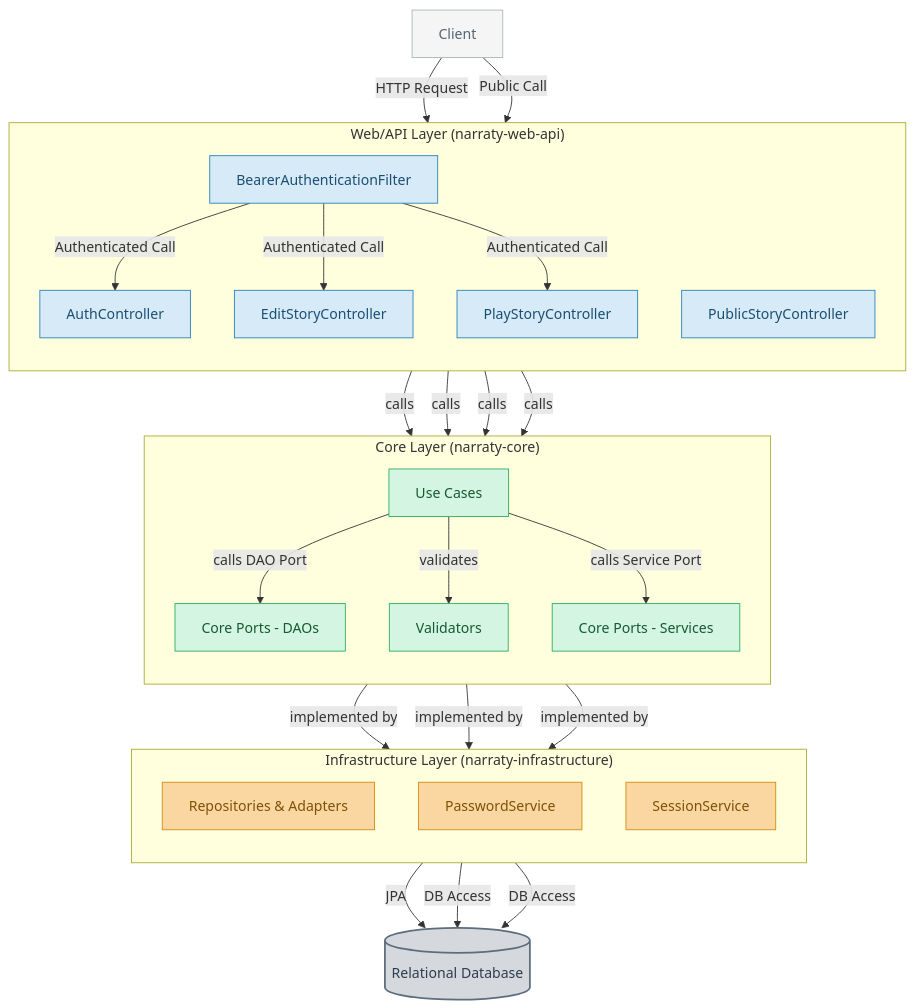
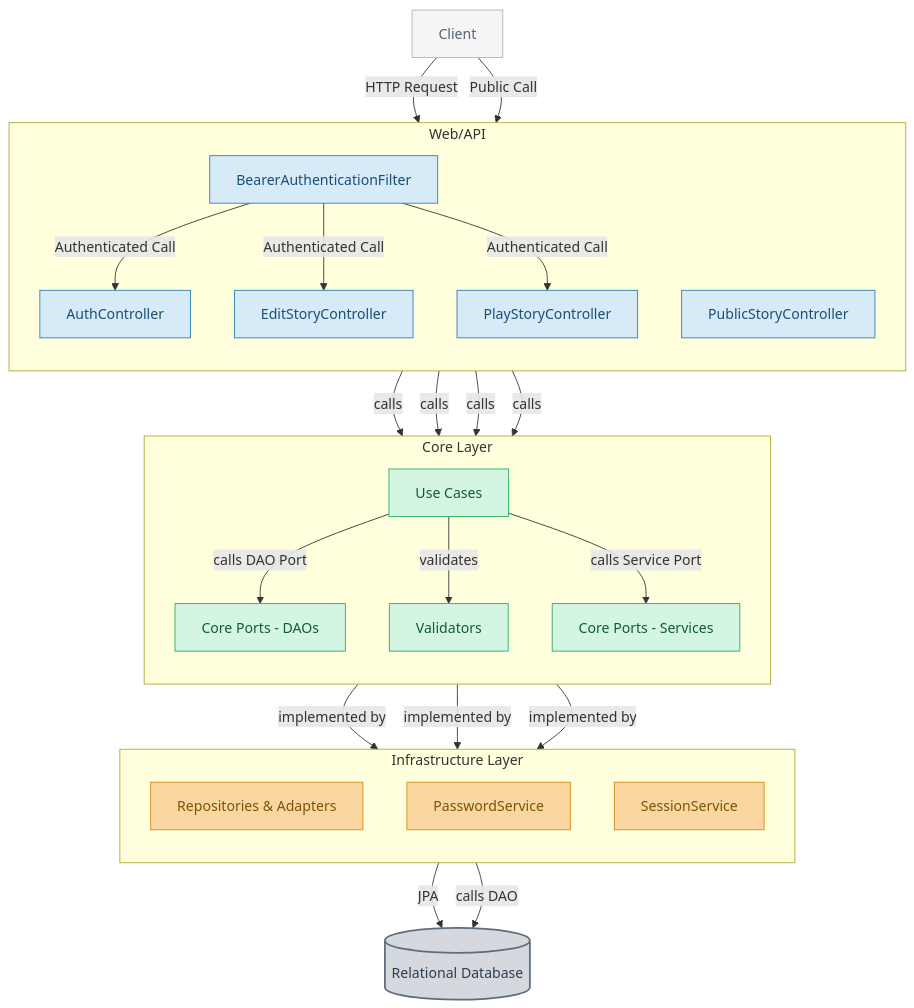
Before and after one commit to tomFregonese/narraty: the diagram in README.md, drawn with Mermaid. The commit also changed other lines of this file, not shown here.

Commit message:
Update README with project overview and backend architecture details

````diff
--- a/README.md
+++ b/README.md
@@ -5,74 +22,73 @@
 ```mermaid
 ---
 config:
   layout: dagre
 ---
 flowchart TD
-    subgraph subGraph0["Web/API Layer (narraty-web-api)"]
+    subgraph subGraph0["Web/API"]
         direction TB
         AuthFilter["BearerAuthenticationFilter"]
         AuthController["AuthController"]
         EditStoryController["EditStoryController"]
         PlayStoryController["PlayStoryController"]
         PublicStoryController["PublicStoryController"]
     end
-    subgraph subGraph1["Core Layer (narraty-core)"]
+    subgraph subGraph1["Core Layer"]
         direction TB
         PortsDAOs["Core Ports - DAOs"]
         PortsServices["Core Ports - Services"]
         UseCases["Use Cases"]
         Validators["Validators"]
     end
-    subgraph subGraph2["Infrastructure Layer (narraty-infrastructure)"]
+    subgraph subGraph2["Infrastructure Layer"]
         direction TB
         ReposAdapters["Repositories & Adapters"]
         PasswordService["PasswordService"]
         SessionService["SessionService"]
     end
     User["Client"] -- HTTP Request --> AuthFilter
     AuthFilter -- Authenticated Call --> AuthController & EditStoryController & PlayStoryController
     User -- Public Call --> PublicStoryController
     AuthController -- calls --> UseCases
     EditStoryController -- calls --> UseCases
     PlayStoryController -- calls --> UseCases
     PublicStoryController -- calls --> UseCases
     UseCases -- validates --> Validators
     UseCases -- calls DAO Port --> PortsDAOs
     UseCases -- calls Service Port --> PortsServices
     PortsDAOs -- implemented by --> ReposAdapters
     PortsServices -- implemented by --> PasswordService & SessionService
     ReposAdapters -- JPA --> Database[("Relational Database")]
-    PasswordService -- DB Access --> Database
-    SessionService -- DB Access --> Database
+    PasswordService -- calls DAO --> Database
     AuthFilter:::web
     AuthController:::web
     EditStoryController:::web
     PlayStoryController:::web
     PublicStoryController:::web
     PortsDAOs:::core
     PortsServices:::core
     UseCases:::core
     Validators:::core
     ReposAdapters:::infra
     PasswordService:::infra
     SessionService:::infra
     User:::external
     Database:::db
     classDef web fill:#D6EAF8,stroke:#2980B9,color:#1B4F72
     classDef core fill:#D5F5E3,stroke:#27AE60,color:#145A32
     classDef infra fill:#FAD7A0,stroke:#D68910,color:#7E5109
     classDef external fill:#F5F5F5,stroke:#AAB7B8,color:#566573
     classDef db fill:#D5D8DC,stroke:#5D6D7E,color:#2C3E50,stroke-width:2px,shape:cylinder
-    click AuthFilter "https://github.com/tomfregonese/le-livre-dont-vous-etes-le-heros/blob/main/narraty-web-api/src/main/java/com/ynov/javaformation/narraty/middlewares/BearerAuthenticationFilter.java"
-    click AuthController "https://github.com/tomfregonese/le-livre-dont-vous-etes-le-heros/blob/main/narraty-web-api/src/main/java/com/ynov/javaformation/narraty/controllers/AuthController.java"
-    click EditStoryController "https://github.com/tomfregonese/le-livre-dont-vous-etes-le-heros/blob/main/narraty-web-api/src/main/java/com/ynov/javaformation/narraty/controllers/EditStoryController.java"
-    click PlayStoryController "https://github.com/tomfregonese/le-livre-dont-vous-etes-le-heros/blob/main/narraty-web-api/src/main/java/com/ynov/javaformation/narraty/controllers/PlayStoryController.java"
-    click PublicStoryController "https://github.com/tomfregonese/le-livre-dont-vous-etes-le-heros/blob/main/narraty-web-api/src/main/java/com/ynov/javaformation/narraty/controllers/PublicStoryController.java"
-    click PortsDAOs "https://github.com/tomfregonese/le-livre-dont-vous-etes-le-heros/tree/main/narraty-core/src/main/java/com/ynov/javaformation/narraty/interfaces/daos/"
-    click PortsServices "https://github.com/tomfregonese/le-livre-dont-vous-etes-le-heros/tree/main/narraty-core/src/main/java/com/ynov/javaformation/narraty/interfaces/services/"
-    click UseCases "https://github.com/tomfregonese/le-livre-dont-vous-etes-le-heros/tree/main/narraty-core/src/main/java/com/ynov/javaformation/narraty/usecase/"
-    click Validators "https://github.com/tomfregonese/le-livre-dont-vous-etes-le-heros/tree/main/narraty-core/src/main/java/com/ynov/javaformation/narraty/validators/"
-    click ReposAdapters "https://github.com/tomfregonese/le-livre-dont-vous-etes-le-heros/tree/main/narraty-infrastructure/src/main/java/com/ynov/javaformation/narraty/data/repositories/"
-    click PasswordService "https://github.com/tomfregonese/le-livre-dont-vous-etes-le-heros/blob/main/narraty-infrastructure/src/main/java/com/ynov/javaformation/narraty/services/PasswordService.java"
-    click SessionService "https://github.com/tomfregonese/le-livre-dont-vous-etes-le-heros/blob/main/narraty-infrastructure/src/main/java/com/ynov/javaformation/narraty/services/SessionService.java"
+    click AuthFilter "https://github.com/tomfregonese/narraty/blob/main/narraty-web-api/src/main/java/com/ynov/javaformation/narraty/middlewares/BearerAuthenticationFilter.java"
+    click AuthController "https://github.com/tomfregonese/narraty/blob/main/narraty-web-api/src/main/java/com/ynov/javaformation/narraty/controllers/AuthController.java"
+    click EditStoryController "https://github.com/tomfregonese/narraty/blob/main/narraty-web-api/src/main/java/com/ynov/javaformation/narraty/controllers/EditStoryController.java"
+    click PlayStoryController "https://github.com/tomfregonese/narraty/blob/main/narraty-web-api/src/main/java/com/ynov/javaformation/narraty/controllers/PlayStoryController.java"
+    click PublicStoryController "https://github.com/tomfregonese/narraty/blob/main/narraty-web-api/src/main/java/com/ynov/javaformation/narraty/controllers/PublicStoryController.java"
+    click PortsDAOs "https://github.com/tomfregonese/narraty/tree/main/narraty-core/src/main/java/com/ynov/javaformation/narraty/interfaces/daos/"
+    click PortsServices "https://github.com/tomfregonese/narraty/tree/main/narraty-core/src/main/java/com/ynov/javaformation/narraty/interfaces/services/"
+    click UseCases "https://github.com/tomfregonese/narraty/tree/main/narraty-core/src/main/java/com/ynov/javaformation/narraty/usecase/"
+    click Validators "https://github.com/tomfregonese/narraty/tree/main/narraty-core/src/main/java/com/ynov/javaformation/narraty/validators/"
+    click ReposAdapters "https://github.com/tomfregonese/narraty/tree/main/narraty-infrastructure/src/main/java/com/ynov/javaformation/narraty/data/repositories/"
+    click PasswordService "https://github.com/tomfregonese/narraty/blob/main/narraty-infrastructure/src/main/java/com/ynov/javaformation/narraty/services/PasswordService.java"
+    click SessionService "https://github.com/tomfregonese/narraty/blob/main/narraty-infrastructure/src/main/java/com/ynov/javaformation/narraty/services/SessionService.java"
 ```
````
